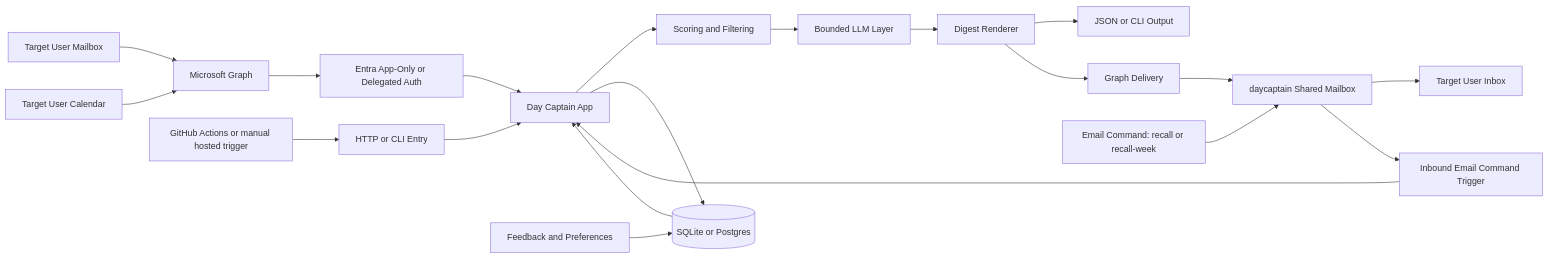
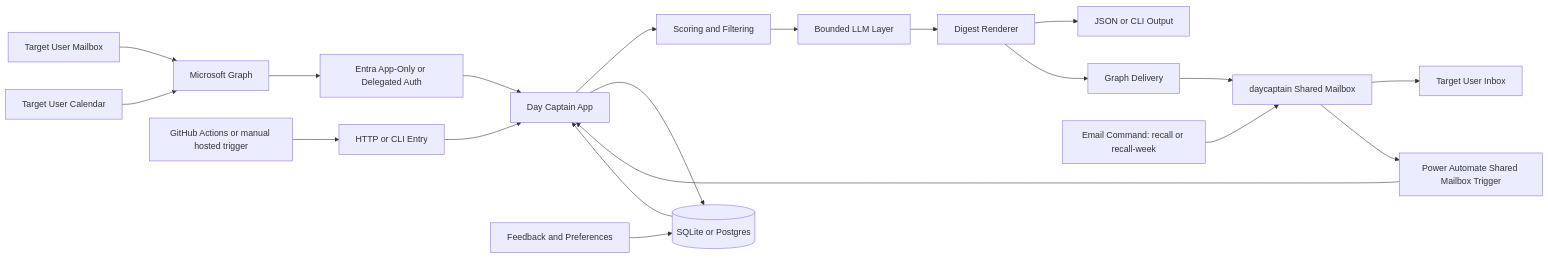
The diagram in README.md (AlexAgo83/day-captain), drawn with Mermaid before and after one commit.

Commit message:
Clarify Power Automate in README mermaid

````diff
--- a/README.md
+++ b/README.md
@@ -5,22 +5,22 @@
 ```mermaid
 flowchart LR
     TargetMailbox[Target User Mailbox] --> Graph[Microsoft Graph]
     Calendar[Target User Calendar] --> Graph
     Graph --> Auth[Entra App-Only or Delegated Auth]
     Auth --> App[Day Captain App]
     App --> Score[Scoring and Filtering]
     Score --> LLM[Bounded LLM Layer]
     LLM --> Render[Digest Renderer]
     Render --> Json[JSON or CLI Output]
     Render --> Delivery[Graph Delivery]
     Delivery --> SenderMailbox[daycaptain Shared Mailbox]
     SenderMailbox --> Recipient[Target User Inbox]
     UserCommand[Email Command: recall or recall-week] --> SenderMailbox
-    SenderMailbox --> CommandTrigger[Inbound Email Command Trigger]
+    SenderMailbox --> CommandTrigger[Power Automate Shared Mailbox Trigger]
     CommandTrigger --> App
     Scheduler[GitHub Actions or manual hosted trigger] --> Web[HTTP or CLI Entry]
     Web --> App
     App --> Storage[(SQLite or Postgres)]
     Feedback[Feedback and Preferences] --> Storage
     Storage --> App
 ```
````
